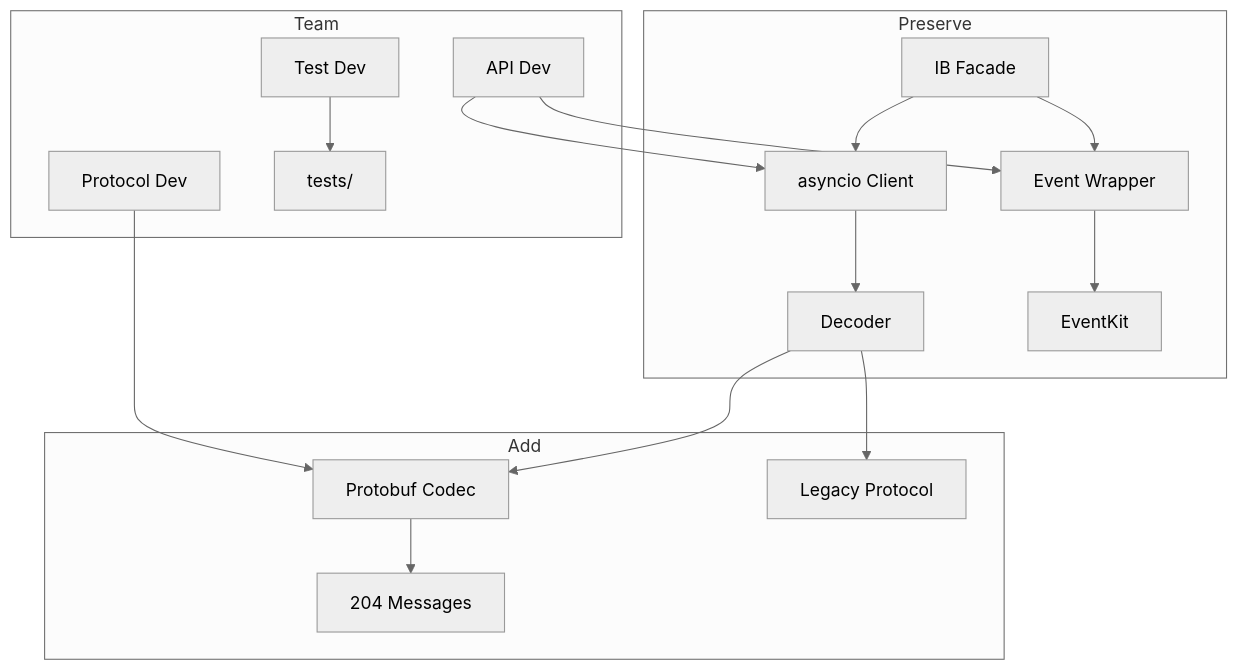
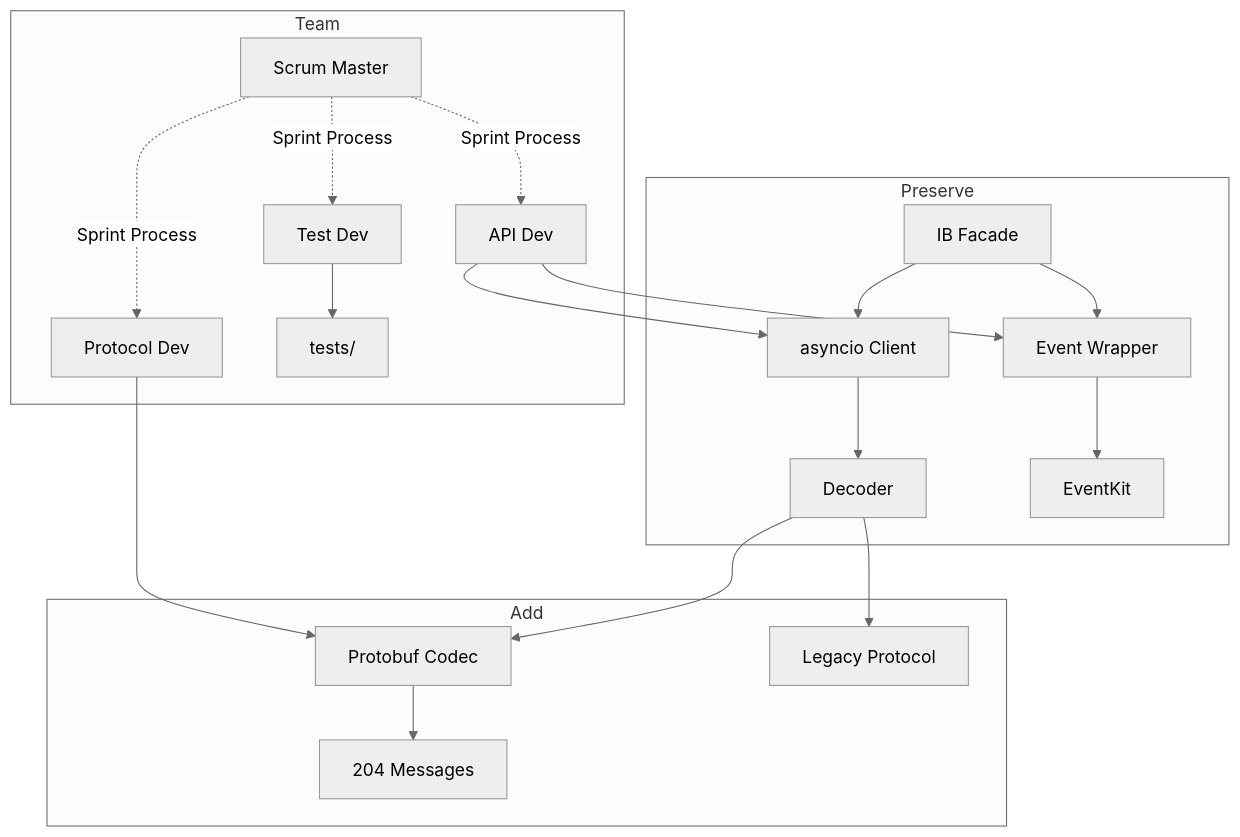
One commit to jxtngx/ib-interface changed the diagram in .cursor/agents/chief-quant-architect.md. Above: the diagram before and after it, drawn with Mermaid (neutral theme). The commit also changed other lines of this file and 8 other files, not shown here.

Commit message:
add scrum master

````diff
--- a/.cursor/agents/chief-quant-architect.md
+++ b/.cursor/agents/chief-quant-architect.md
@@ -17,22 +17,25 @@
 ```mermaid
 graph TD
     subgraph "Preserve"
         IB[IB Facade] --> Client[asyncio Client]
         IB --> Wrapper[Event Wrapper]
         Client --> Decoder[Decoder]
         Wrapper --> EventKit[EventKit]
     end
     
     subgraph "Add"
         Decoder --> Proto[Protobuf Codec]
         Proto --> Msgs[204 Messages]
         Decoder --> Legacy[Legacy Protocol]
     end
     
     subgraph "Team"
+        SM[Scrum Master] -.Sprint Process.-> P
+        SM -.Sprint Process.-> A
+        SM -.Sprint Process.-> T
         P[Protocol Dev] --> Proto
         A[API Dev] --> Client
         A --> Wrapper
         T[Test Dev] --> Tests[tests/]
     end
 ```
````
